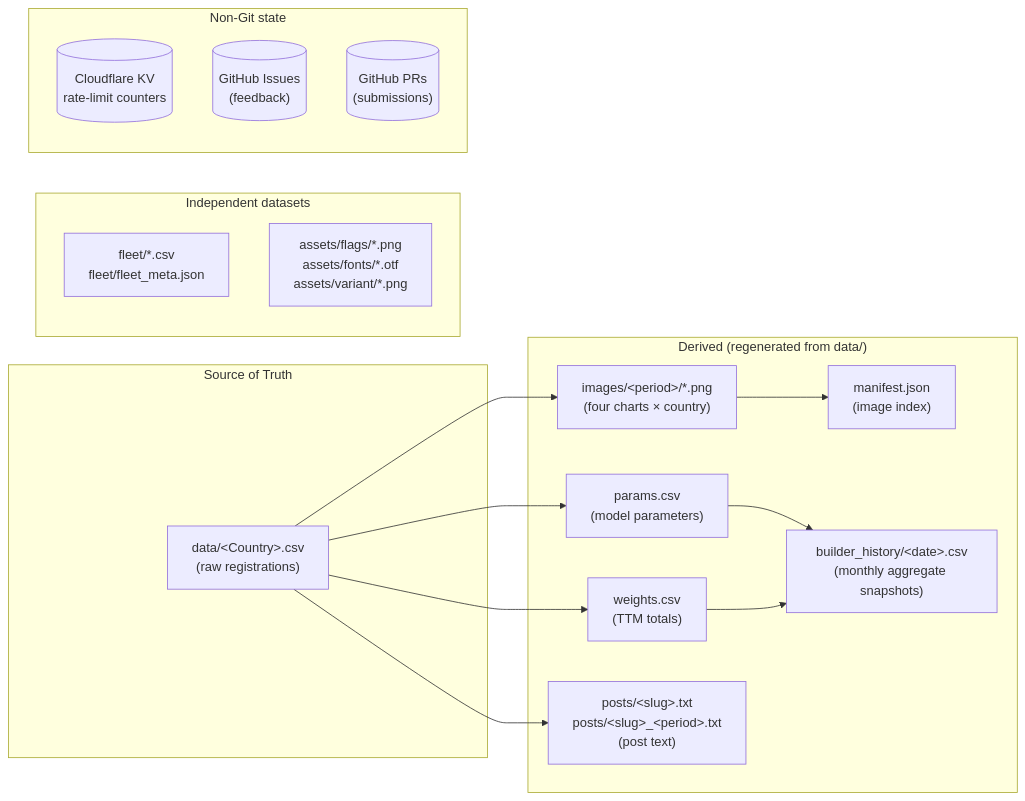
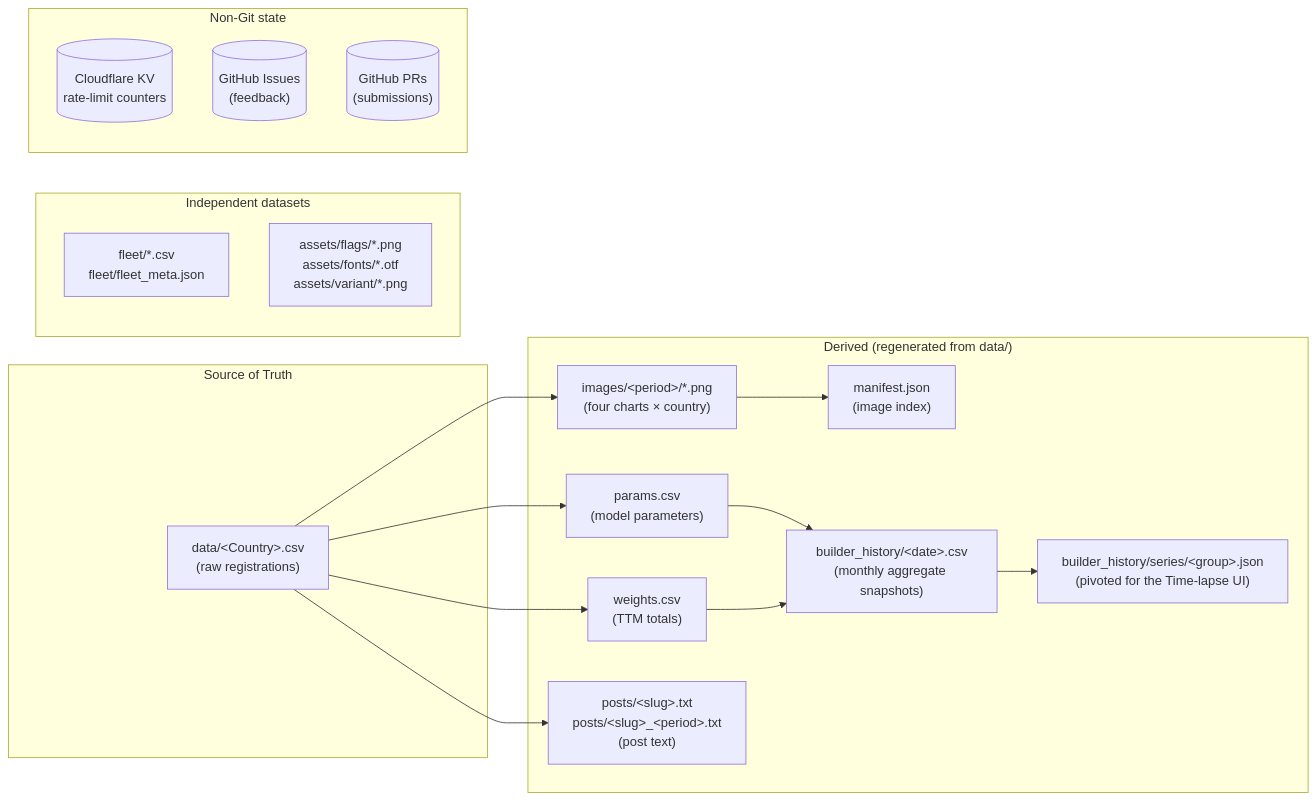
The diagram in docs/architecture/03-data-objects.md (LeRaffl/LeRaffl-Gallery), drawn with Mermaid before and after one commit. The commit also changed other lines of this file and 143 other files, not shown here.

Commit message:
feat: Time-lapse of how the Builder estimate has moved, with downloadable GIF (#239)

````diff
--- a/docs/architecture/03-data-objects.md
+++ b/docs/architecture/03-data-objects.md
@@ -7,30 +7,31 @@
 ```mermaid
 flowchart LR
     subgraph SoT["Source of Truth"]
         D1["data/&lt;Country&gt;.csv<br/>(raw registrations)"]
     end
 
     subgraph Derived["Derived (regenerated from data/)"]
         D2["params.csv<br/>(model parameters)"]
         D3["weights.csv<br/>(TTM totals)"]
         D4["images/&lt;period&gt;/*.png<br/>(four charts × country)"]
         D5["posts/&lt;slug&gt;.txt<br/>posts/&lt;slug&gt;_&lt;period&gt;.txt<br/>(post text)"]
         D6["manifest.json<br/>(image index)"]
         D12["builder_history/&lt;date&gt;.csv<br/>(monthly aggregate snapshots)"]
+        D13["builder_history/series/&lt;group&gt;.json<br/>(pivoted for the Time-lapse UI)"]
     end
 
     subgraph Independent["Independent datasets"]
         D7["fleet/*.csv<br/>fleet/fleet_meta.json"]
         D8["assets/flags/*.png<br/>assets/fonts/*.otf<br/>assets/variant/*.png"]
     end
 
     subgraph Ephemeral["Non-Git state"]
         D9[("Cloudflare KV<br/>rate-limit counters")]
         D10[("GitHub Issues<br/>(feedback)")]
         D11[("GitHub PRs<br/>(submissions)")]
     end
 
     D1 --> D2 & D3 & D4 & D5
     D4 --> D6
-    D2 & D3 --> D12
+    D2 & D3 --> D12 --> D13
 ```
````
